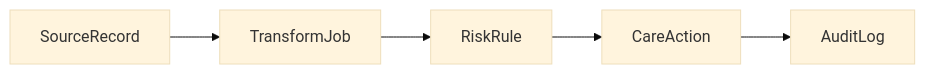
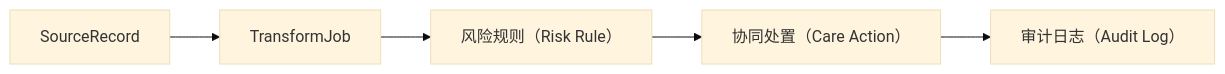
Before and after one commit to rexlin600/ontology_practice: the diagram in days/Day-10.md, drawn with Mermaid (base theme). The commit also changed other lines of this file, not shown here.

````diff
--- a/days/Day-10.md
+++ b/days/Day-10.md
@@ -16,8 +31,8 @@
 ```mermaid
 flowchart LR
   SourceRecord["SourceRecord"] --> TransformJob["TransformJob"]
-  TransformJob["TransformJob"] --> RiskRule["RiskRule"]
-  RiskRule["RiskRule"] --> CareAction["CareAction"]
-  CareAction["CareAction"] --> AuditLog["AuditLog"]
+  TransformJob["TransformJob"] --> RiskRule["风险规则（Risk Rule）"]
+  RiskRule["风险规则（Risk Rule）"] --> CareAction["协同处置（Care Action）"]
+  CareAction["协同处置（Care Action）"] --> AuditLog["审计日志（Audit Log）"]
 
 ```
````
